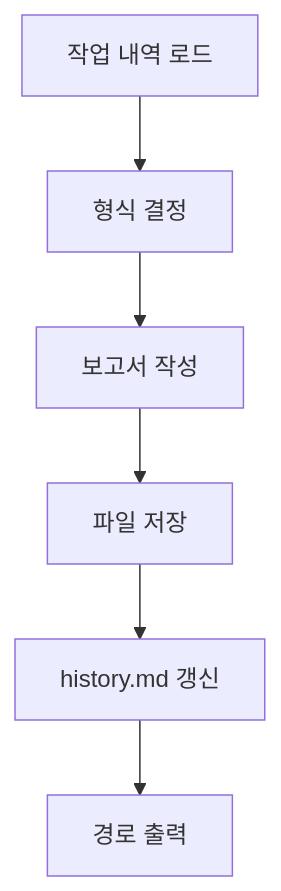
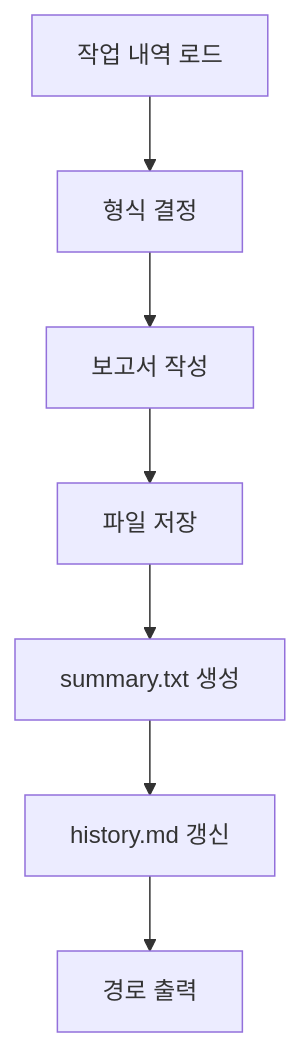
One commit to KoreanLeeChangHyun/claude-workflow changed the sixth of 6 diagrams in .claude/skills/workflow-report/SKILL.md. Above: the diagram before and after it, drawn with Mermaid. The commit also changed other lines of this file and 5 other files, not shown here.

````diff
--- a/.claude/skills/workflow-report/SKILL.md
+++ b/.claude/skills/workflow-report/SKILL.md
@@ -266,8 +269,9 @@
 ```mermaid
 flowchart TD
     A[작업 내역 로드] --> B[형식 결정]
     B --> C[보고서 작성]
     C --> D[파일 저장]
-    D --> E[history.md 갱신]
-    E --> F[경로 출력]
+    D --> E[summary.txt 생성]
+    E --> F[history.md 갱신]
+    F --> G[경로 출력]
 ```
````
